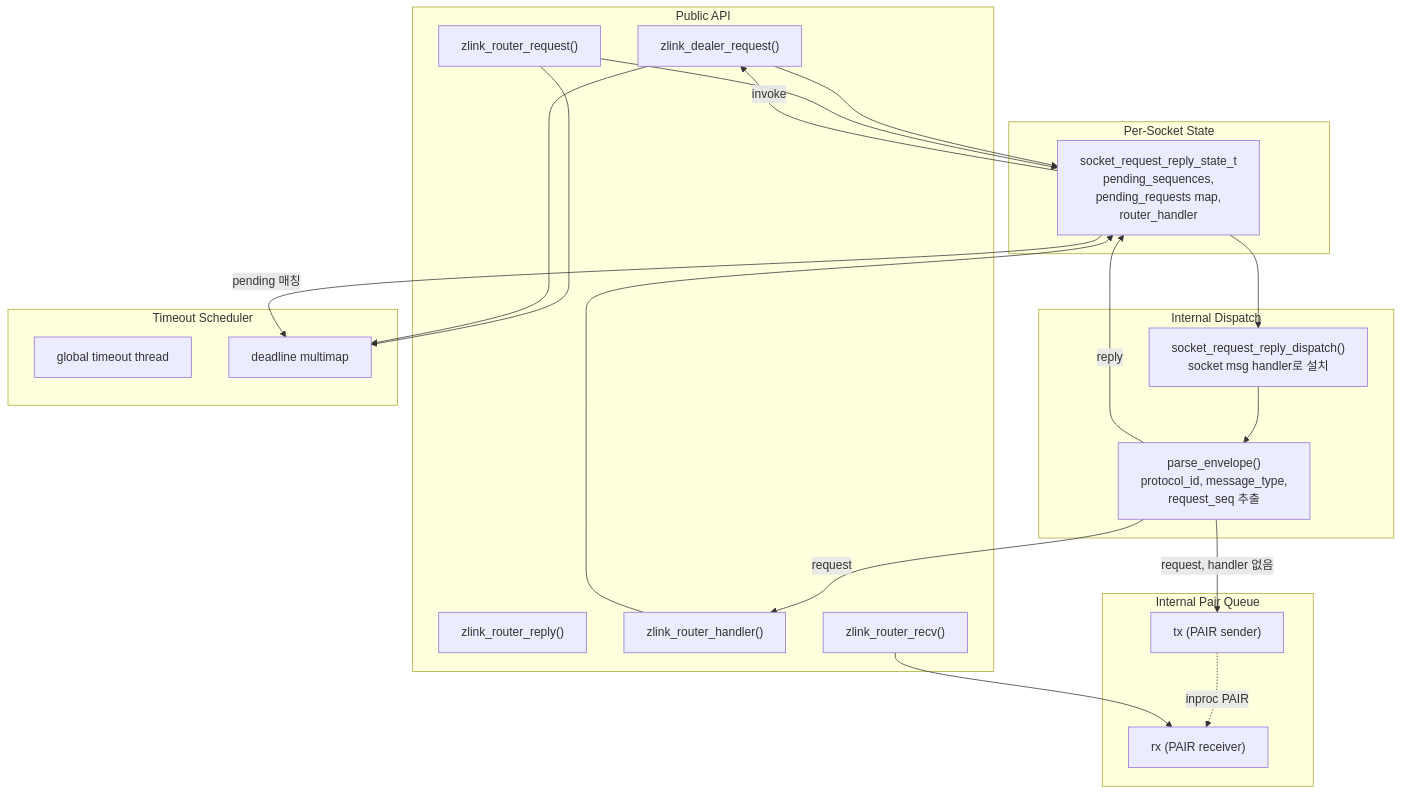
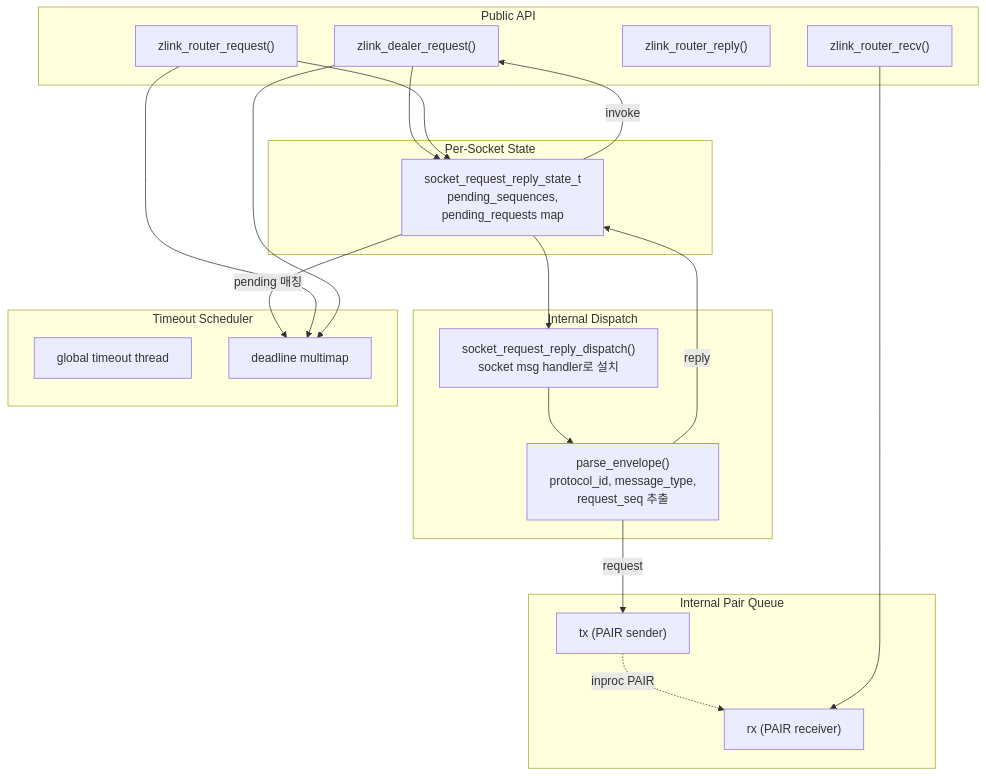
Before and after one commit to kairos-code-dev/zlink: the eighth of 14 diagrams in doc/internals/services-internals.ko.md, drawn with Mermaid. The commit also changed other lines of this file and 154 other files, not shown here.

Commit message:
Refactor recv and service attachment flows

````diff
--- a/doc/internals/services-internals.ko.md
+++ b/doc/internals/services-internals.ko.md
@@ -470,47 +470,44 @@
 ```mermaid
 flowchart TB
     subgraph PublicAPI["Public API"]
         dealer_req["zlink_dealer_request()"]
         router_req["zlink_router_request()"]
         router_reply["zlink_router_reply()"]
-        router_handler["zlink_router_handler()"]
         router_recv["zlink_router_recv()"]
     end
 
     subgraph State["Per-Socket State"]
-        rr_state["socket_request_reply_state_t<br/>pending_sequences,<br/>pending_requests map,<br/>router_handler"]
+        rr_state["socket_request_reply_state_t<br/>pending_sequences,<br/>pending_requests map"]
     end
 
     subgraph Dispatch["Internal Dispatch"]
         msg_dispatch["socket_request_reply_dispatch()<br/>socket msg handler로 설치"]
         envelope_parse["parse_envelope()<br/>protocol_id, message_type,<br/>request_seq 추출"]
     end
 
     subgraph Queue["Internal Pair Queue"]
         tx["tx (PAIR sender)"]
         rx["rx (PAIR receiver)"]
     end
 
     subgraph Scheduler["Timeout Scheduler"]
         timeout_thread["global timeout thread"]
         timeout_schedule["deadline multimap"]
     end
 
     dealer_req --> rr_state
     router_req --> rr_state
-    router_handler --> rr_state
     rr_state --> msg_dispatch
     msg_dispatch --> envelope_parse
 
-    envelope_parse -->|request| router_handler
-    envelope_parse -->|request, handler 없음| tx
+    envelope_parse -->|request| tx
     tx -.->|inproc PAIR| rx
     router_recv --> rx
 
     envelope_parse -->|reply| rr_state
     rr_state -->|pending 매칭| timeout_schedule
     rr_state -->|invoke| dealer_req
 
     router_req --> timeout_schedule
     dealer_req --> timeout_schedule
 ```
````
